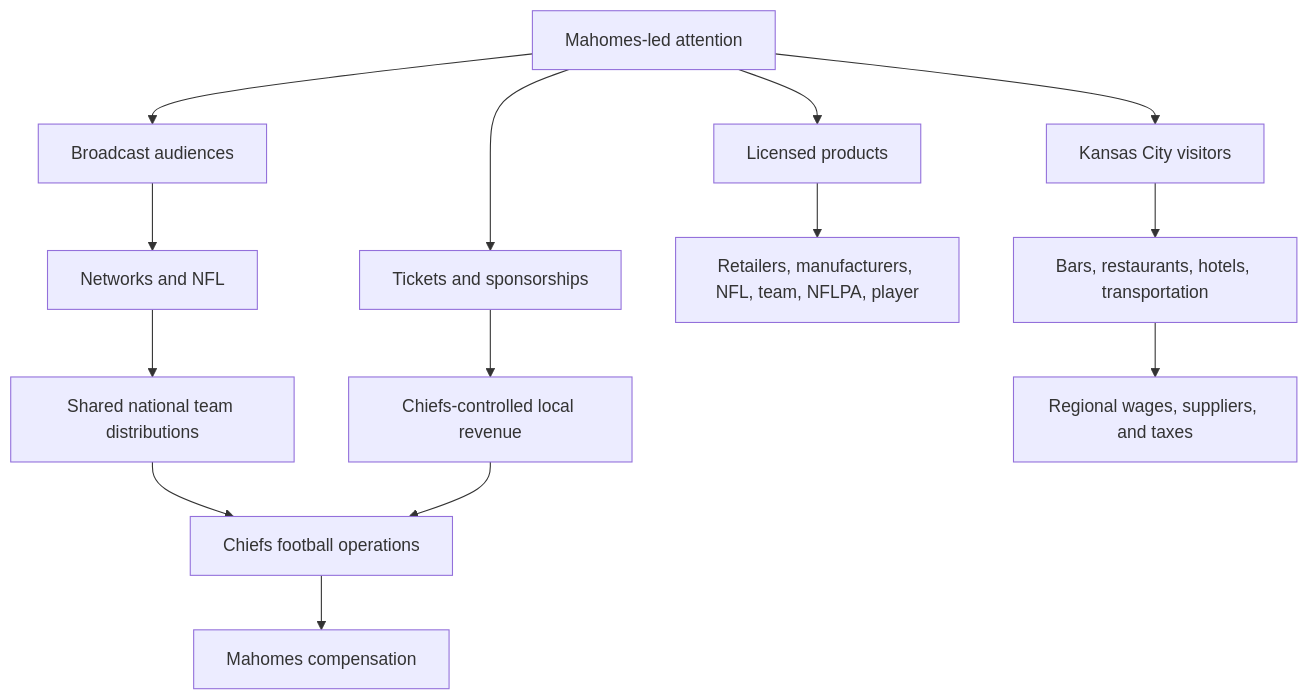
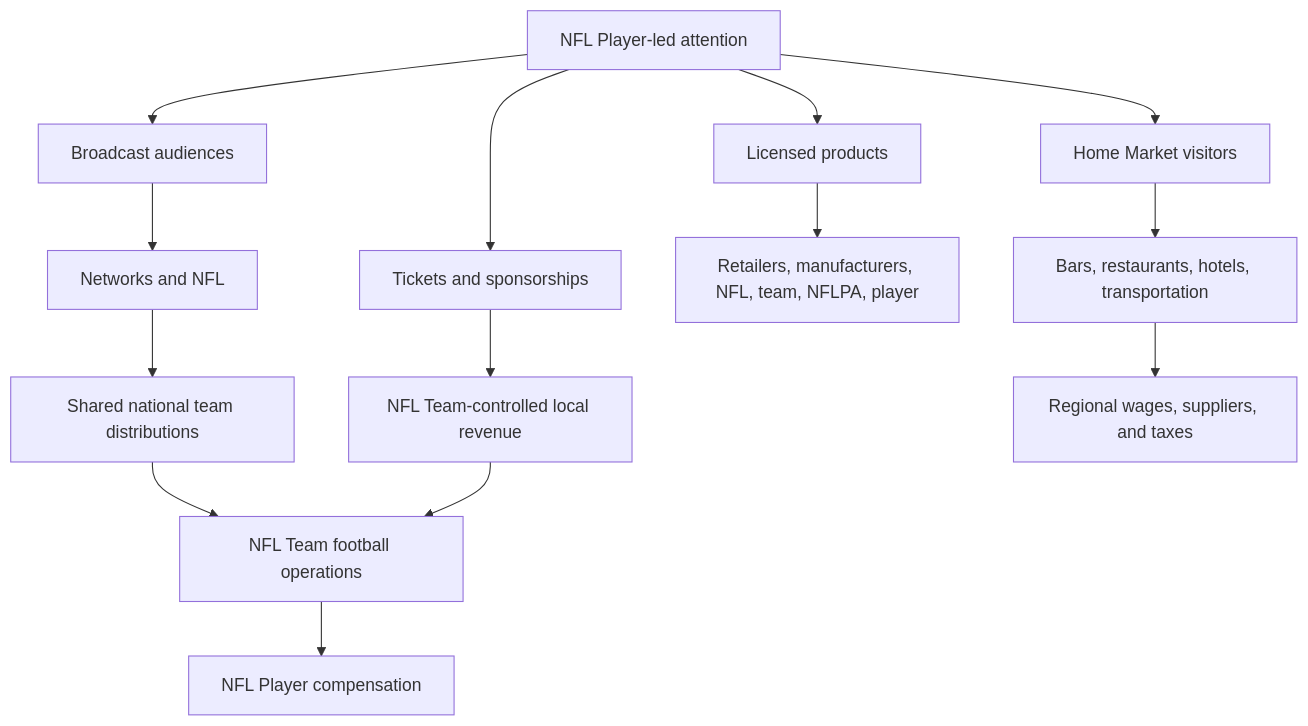
Before and after one commit to Pburgess09/mahomes-economic-impact: the diagram in README.md, drawn with Mermaid. The commit also changed other lines of this file, not shown here.

Commit message:
De-identify NFL player and location references

````diff
--- a/README.md
+++ b/README.md
@@ -27,16 +27,16 @@
 ```mermaid
 flowchart TD
-    A["Mahomes-led attention"] --> B["Broadcast audiences"]
+    A["NFL Player-led attention"] --> B["Broadcast audiences"]
     A --> C["Tickets and sponsorships"]
     A --> D["Licensed products"]
-    A --> E["Kansas City visitors"]
+    A --> E["Home Market visitors"]
     B --> F["Networks and NFL"]
     F --> G["Shared national team distributions"]
-    C --> H["Chiefs-controlled local revenue"]
+    C --> H["NFL Team-controlled local revenue"]
     D --> I["Retailers, manufacturers, NFL, team, NFLPA, player"]
     E --> J["Bars, restaurants, hotels, transportation"]
     J --> K["Regional wages, suppliers, and taxes"]
-    G --> L["Chiefs football operations"]
+    G --> L["NFL Team football operations"]
     H --> L
-    L --> M["Mahomes compensation"]
+    L --> M["NFL Player compensation"]
 ```
````
